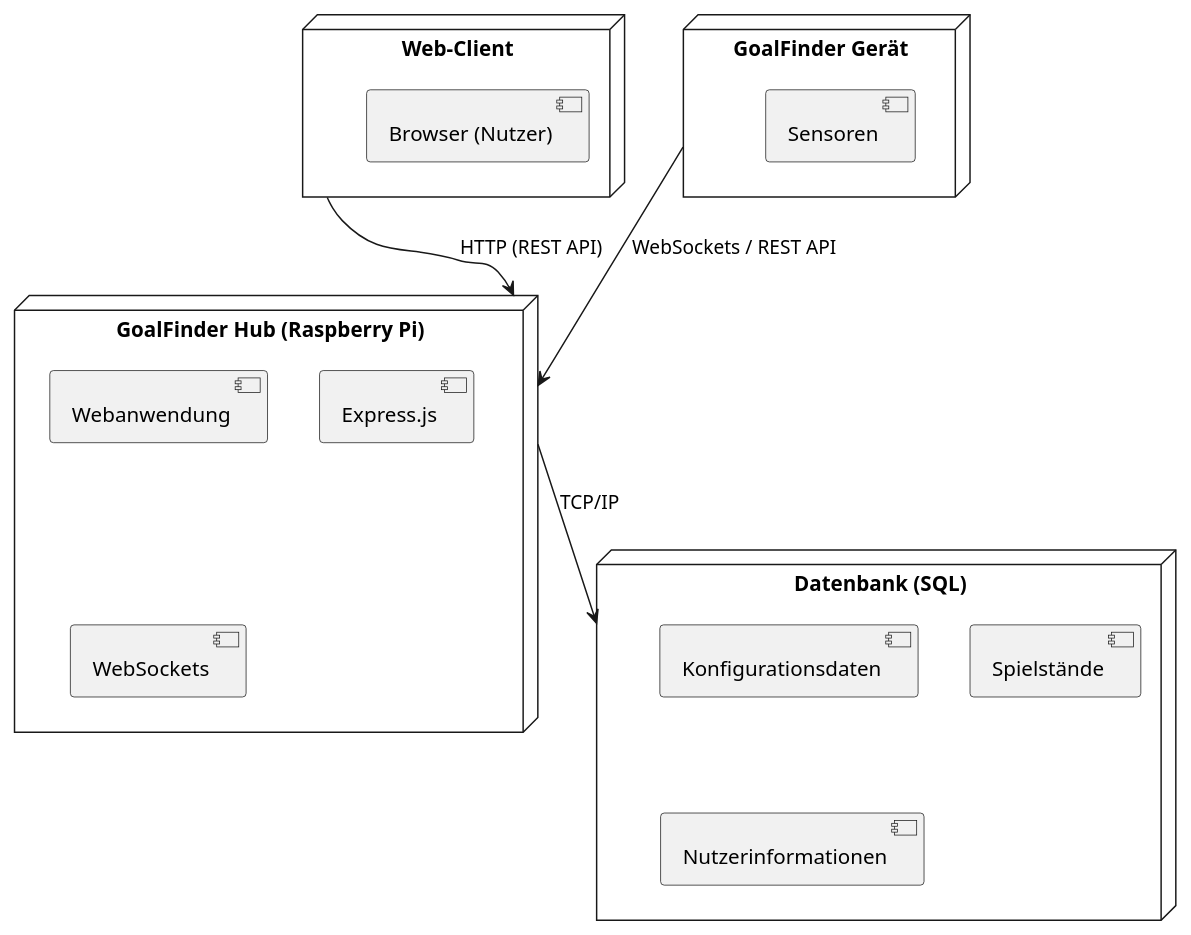
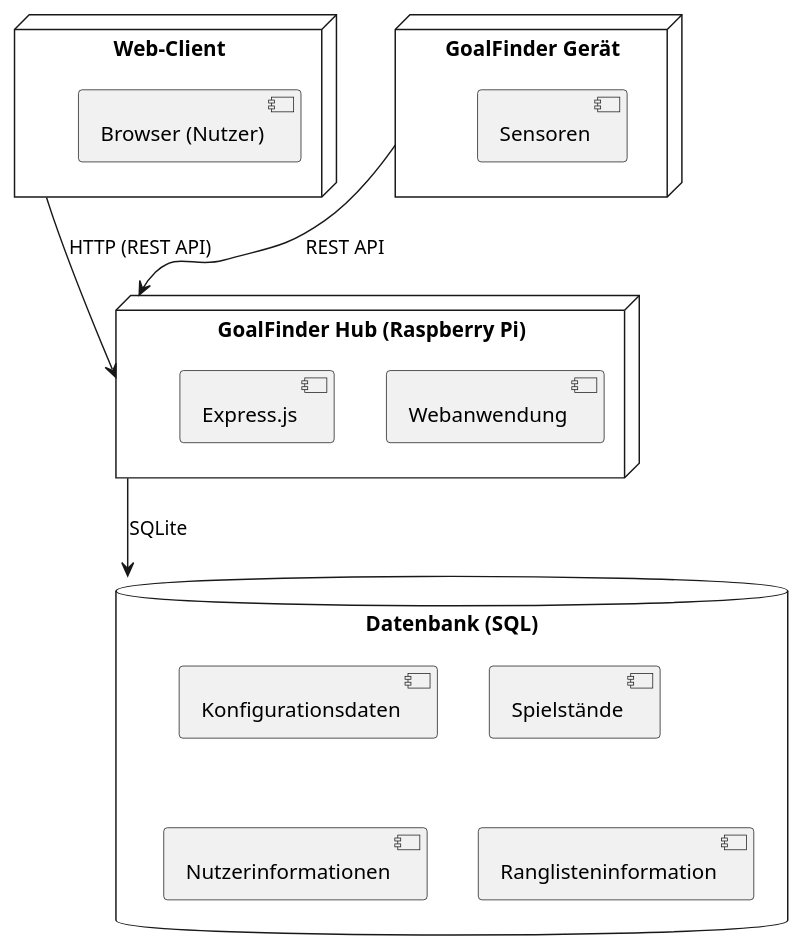
Before and after one commit to 2425-3BHIF-WMC-SYP/GoalFinderHub: the diagram in architektur.puml, drawn with PlantUML. The commit also changed 19 other files, not shown here.

```diff
--- a/architektur.puml
+++ b/architektur.puml
@@ -1,27 +1,27 @@
 @startuml
 
 node "Web-Client" as WebClient {
     [Browser (Nutzer)]
 }
 
 node "GoalFinder Hub (Raspberry Pi)" as GoalfinderHub {
     [Webanwendung]
     [Express.js]
-    [WebSockets]
 }
 
 node "GoalFinder Gerät" as GoalfinderDevice {
     [Sensoren]
 }
 
-node "Datenbank (SQL)" as Database {
+database "Datenbank (SQL)" as Database {
     [Konfigurationsdaten]
     [Spielstände]
     [Nutzerinformationen]
+    [Ranglisteninformation]
 }
 
 WebClient --> GoalfinderHub : HTTP (REST API)
-GoalfinderDevice --> GoalfinderHub : WebSockets / REST API
-GoalfinderHub --> Database : TCP/IP
+GoalfinderDevice --> GoalfinderHub : REST API
+GoalfinderHub --> Database : SQLite
 
 @enduml
```
